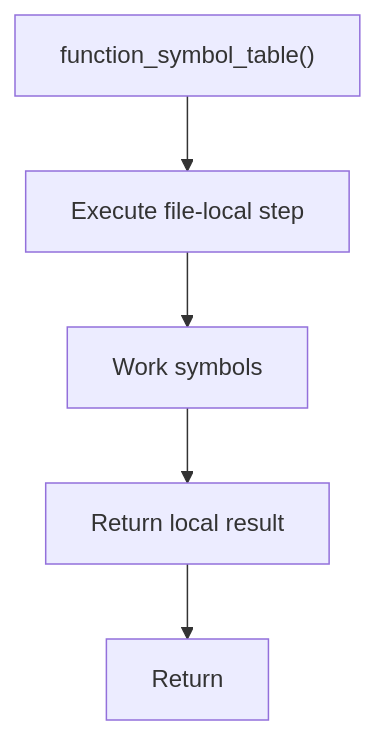
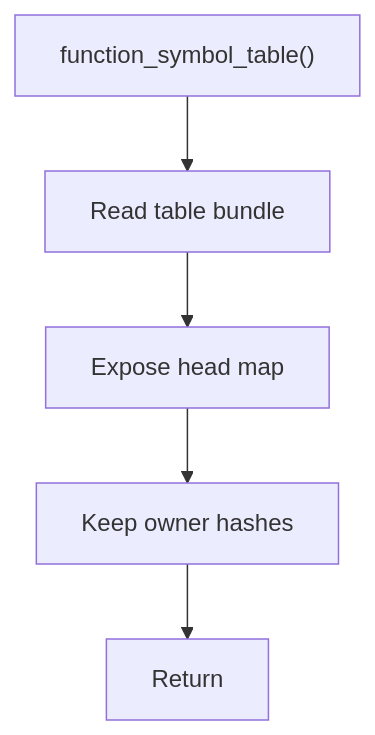
The diagram in docs/Codebase/Microservice/Modules/Source/Analysis/ImplementationUse/Resolution/Symbols/Query/Flow/functions/function_symbol_table.cpp.md (JohnAndrewBalbarosa/NeoTerritory), drawn with Mermaid before and after one commit. The commit also changed other lines of this file and 147 other files, not shown here.

````diff
--- a/docs/Codebase/Microservice/Modules/Source/Analysis/ImplementationUse/Resolution/Symbols/Query/Flow/functions/function_symbol_table.cpp.md
+++ b/docs/Codebase/Microservice/Modules/Source/Analysis/ImplementationUse/Resolution/Symbols/Query/Flow/functions/function_symbol_table.cpp.md
@@ -17,12 +25,12 @@
 ```mermaid
 flowchart TD
     Start["function_symbol_table()"]
-    N0["Execute file-local step"]
-    N1["Work symbols"]
-    N2["Return local result"]
+    N0["Read table bundle"]
+    N1["Expose head map"]
+    N2["Keep owner hashes"]
     End["Return"]
     Start --> N0
     N0 --> N1
     N1 --> N2
     N2 --> End
 ```
````
